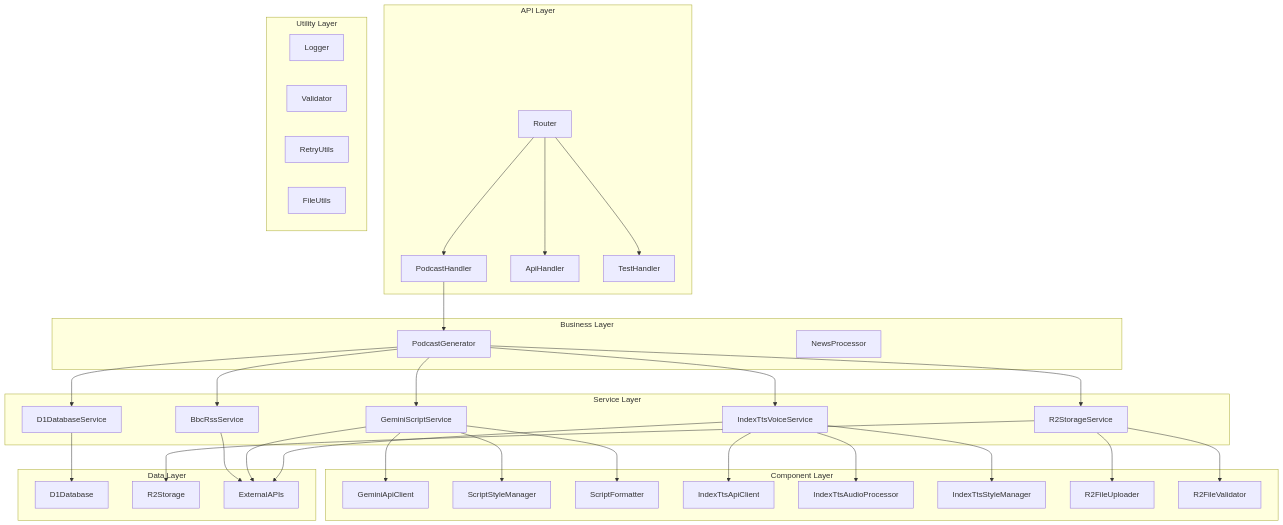
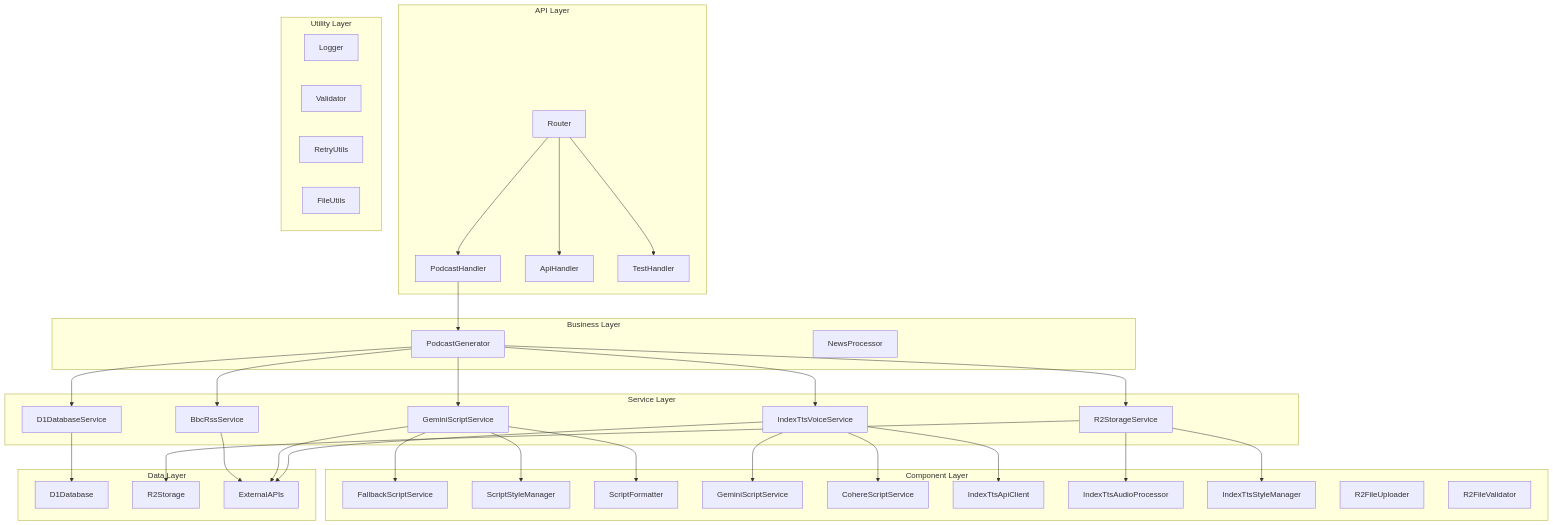
One commit to cnmzsjbz199328/podcast-rss-demo changed the second of 3 diagrams in ARCHITECTURE.md. Above: the diagram before and after it, drawn with Mermaid. The commit also changed other lines of this file and 26 other files, not shown here.

First line of the commit message:
feat: Add Cohere AI service with fallback mechanism

````diff
--- a/ARCHITECTURE.md
+++ b/ARCHITECTURE.md
@@ -76,69 +81,71 @@
 ```mermaid
 graph TD
     subgraph "API Layer"
         A1[Router] --> A2[PodcastHandler]
         A1 --> A3[ApiHandler]
         A1 --> A4[TestHandler]
     end
 
     subgraph "Business Layer"
         B1[PodcastGenerator]
         B2[NewsProcessor]
     end
 
     subgraph "Service Layer"
         S1[BbcRssService]
         S2[GeminiScriptService]
         S3[IndexTtsVoiceService]
         S4[R2StorageService]
         S5[D1DatabaseService]
     end
 
     subgraph "Component Layer"
-        C1[GeminiApiClient]
-        C2[ScriptStyleManager]
-        C3[ScriptFormatter]
-        C4[IndexTtsApiClient]
-        C5[IndexTtsAudioProcessor]
-        C6[IndexTtsStyleManager]
-        C7[R2FileUploader]
-        C8[R2FileValidator]
+    C1[FallbackScriptService]
+    C2[ScriptStyleManager]
+    C3[ScriptFormatter]
+    C4[GeminiScriptService]
+    C5[CohereScriptService]
+    C6[IndexTtsApiClient]
+    C7[IndexTtsAudioProcessor]
+    C8[IndexTtsStyleManager]
+    C9[R2FileUploader]
+    C10[R2FileValidator]
     end
 
     subgraph "Data Layer"
         D1[D1Database]
         D2[R2Storage]
         D3[ExternalAPIs]
     end
 
     subgraph "Utility Layer"
         U1[Logger]
         U2[Validator]
         U3[RetryUtils]
         U4[FileUtils]
     end
 
     A2 --> B1
     B1 --> S1
     B1 --> S2
     B1 --> S3
     B1 --> S4
     B1 --> S5
 
     S2 --> C1
     S2 --> C2
     S2 --> C3
 
     S3 --> C4
     S3 --> C5
     S3 --> C6
 
     S4 --> C7
     S4 --> C8
 
     S1 --> D3
     S2 --> D3
     S3 --> D3
     S5 --> D1
     S4 --> D2
 ```
````
